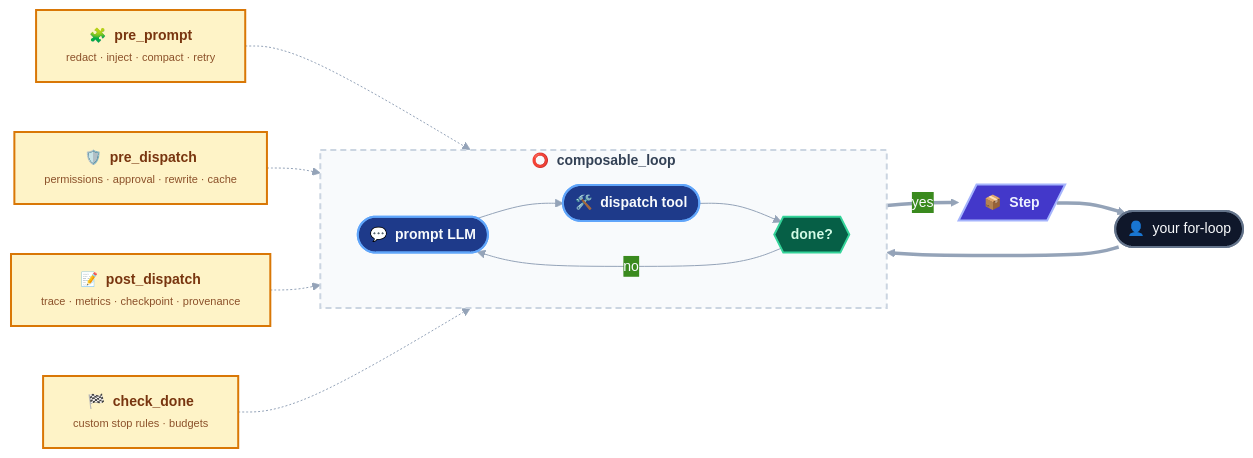
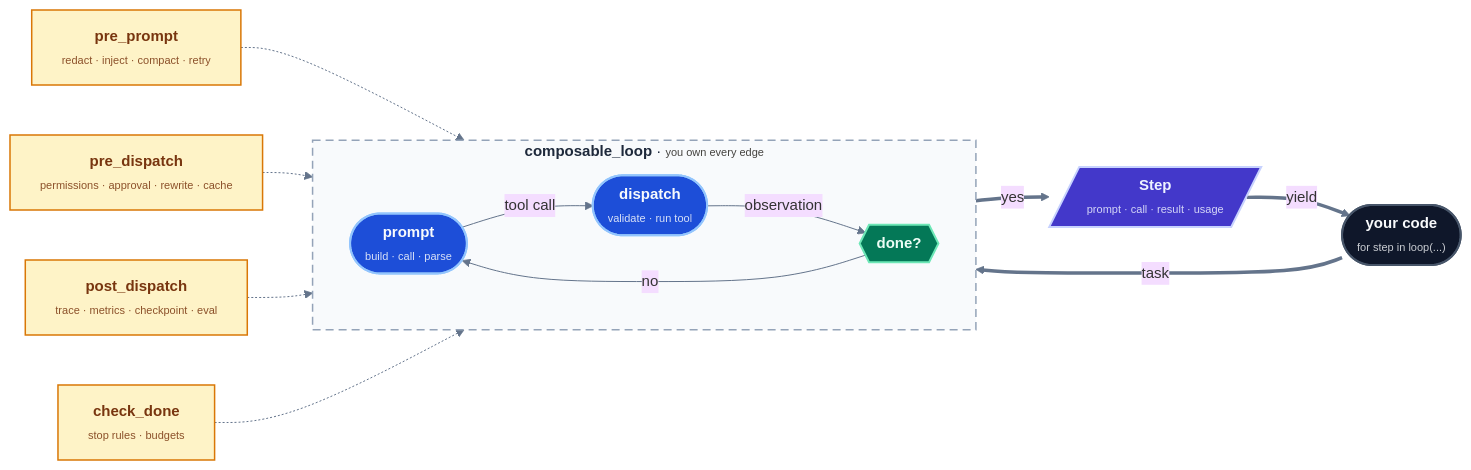
One commit to hsaghir/looplet changed the diagram in README.md. Above: the diagram before and after it, drawn with Mermaid.

Commit message:
docs(readme): banner-quality diagram — typographic, labelled edges
Upgrade the mental-model diagram into a hero banner:
* drop emoji (reads as typography, not clip-art)
* label the edges with what actually flows: task, tool call,
  observation, yield
* subtitle inside the subgraph header ("you own every edge")
* two-line phase nodes with muted sub-action lists
  (build · call · parse; validate · run tool)
* Step node exposes its fields (prompt · call · result · usage)
* brighter Tailwind-600 palette, softer amber hooks, cleaner
  dashed loop border

````diff
--- a/README.md
+++ b/README.md
@@ -74,47 +74,42 @@
 ```mermaid
 %%{init: {"theme":"base","themeVariables":{
   "fontFamily":"ui-sans-serif, system-ui, -apple-system, Segoe UI, Roboto, sans-serif",
-  "fontSize":"14px",
-  "primaryColor":"#1e3a8a",
-  "primaryTextColor":"#f8fafc",
-  "primaryBorderColor":"#60a5fa",
-  "lineColor":"#94a3b8"
+  "fontSize":"15px",
+  "lineColor":"#64748b"
 }}}%%
 flowchart LR
-    %% ─── you (outside the loop) ───
-    you(["👤&nbsp;&nbsp;your&nbsp;for-loop"]):::you
+    you(["<b>your code</b><br/><span style='font-size:11px;opacity:.8'>for step in loop(...)</span>"]):::you
 
-    %% ─── the loop itself ───
-    subgraph loop["&nbsp;&nbsp;⭕&nbsp;&nbsp;<b>composable_loop</b>&nbsp;&nbsp;"]
+    subgraph loop["&nbsp;&nbsp;&nbsp;&nbsp;<b>composable_loop</b>&nbsp;·&nbsp;<span style='font-size:11px;opacity:.75;font-weight:400'>you own every edge</span>&nbsp;&nbsp;&nbsp;&nbsp;"]
       direction LR
-      prompt(["💬&nbsp;&nbsp;<b>prompt LLM</b>"]):::phase
-      dispatch(["🛠️&nbsp;&nbsp;<b>dispatch tool</b>"]):::phase
+      prompt(["<b>prompt</b><br/><span style='font-size:11px;opacity:.85'>build · call · parse</span>"]):::phase
+      dispatch(["<b>dispatch</b><br/><span style='font-size:11px;opacity:.85'>validate · run tool</span>"]):::phase
       done{{"<b>done?</b>"}}:::done
-      prompt --> dispatch --> done
+      prompt -- "tool call" --> dispatch
+      dispatch -- "observation" --> done
       done -- "no" --> prompt
     end
 
-    step[/"📦&nbsp;&nbsp;<b>Step</b>"/]:::step
+    step[/"<b>Step</b><br/><span style='font-size:11px;opacity:.85'>prompt · call · result · usage</span>"/]:::step
 
-    you ==> prompt
-    done == "yes" ==> step ==> you
+    you == "task" ==> prompt
+    done == "yes" ==> step
+    step == "yield" ==> you
 
-    %% ─── hooks (the extension points) ───
-    h1["🧩&nbsp;&nbsp;<b>pre_prompt</b><br/><span style='font-size:11px;opacity:.85'>redact · inject · compact · retry</span>"]:::hook
-    h2["🛡️&nbsp;&nbsp;<b>pre_dispatch</b><br/><span style='font-size:11px;opacity:.85'>permissions · approval · rewrite · cache</span>"]:::hook
-    h3["📝&nbsp;&nbsp;<b>post_dispatch</b><br/><span style='font-size:11px;opacity:.85'>trace · metrics · checkpoint · provenance</span>"]:::hook
-    h4["🏁&nbsp;&nbsp;<b>check_done</b><br/><span style='font-size:11px;opacity:.85'>custom stop rules · budgets</span>"]:::hook
+    h1["<b>pre_prompt</b><br/><span style='font-size:11px;opacity:.85'>redact · inject · compact · retry</span>"]:::hook
+    h2["<b>pre_dispatch</b><br/><span style='font-size:11px;opacity:.85'>permissions · approval · rewrite · cache</span>"]:::hook
+    h3["<b>post_dispatch</b><br/><span style='font-size:11px;opacity:.85'>trace · metrics · checkpoint · eval</span>"]:::hook
+    h4["<b>check_done</b><br/><span style='font-size:11px;opacity:.85'>stop rules · budgets</span>"]:::hook
 
     h1 -.-> prompt
     h2 -.-> dispatch
     h3 -.-> dispatch
     h4 -.-> done
 
-    %% ─── styles ───
-    classDef you    fill:#0f172a,stroke:#64748b,stroke-width:2px,color:#f8fafc;
-    classDef phase  fill:#1e3a8a,stroke:#60a5fa,stroke-width:2px,color:#f8fafc;
-    classDef done   fill:#065f46,stroke:#34d399,stroke-width:2px,color:#d1fae5;
-    classDef step   fill:#4338ca,stroke:#a5b4fc,stroke-width:2px,color:#eef2ff;
-    classDef hook   fill:#fef3c7,stroke:#d97706,stroke-width:2px,color:#78350f;
-    style loop fill:#f8fafc,stroke:#cbd5e1,stroke-width:2px,stroke-dasharray:6 4,color:#334155;
+    classDef you    fill:#0f172a,stroke:#475569,stroke-width:2px,color:#f8fafc;
+    classDef phase  fill:#1d4ed8,stroke:#93c5fd,stroke-width:2px,color:#f8fafc;
+    classDef done   fill:#047857,stroke:#6ee7b7,stroke-width:2px,color:#ecfdf5;
+    classDef step   fill:#4338ca,stroke:#c7d2fe,stroke-width:2px,color:#eef2ff;
+    classDef hook   fill:#fef3c7,stroke:#d97706,stroke-width:1.5px,color:#78350f;
+    style loop fill:#f8fafc,stroke:#94a3b8,stroke-width:1.5px,stroke-dasharray:8 5,color:#1e293b;
 ```
````
